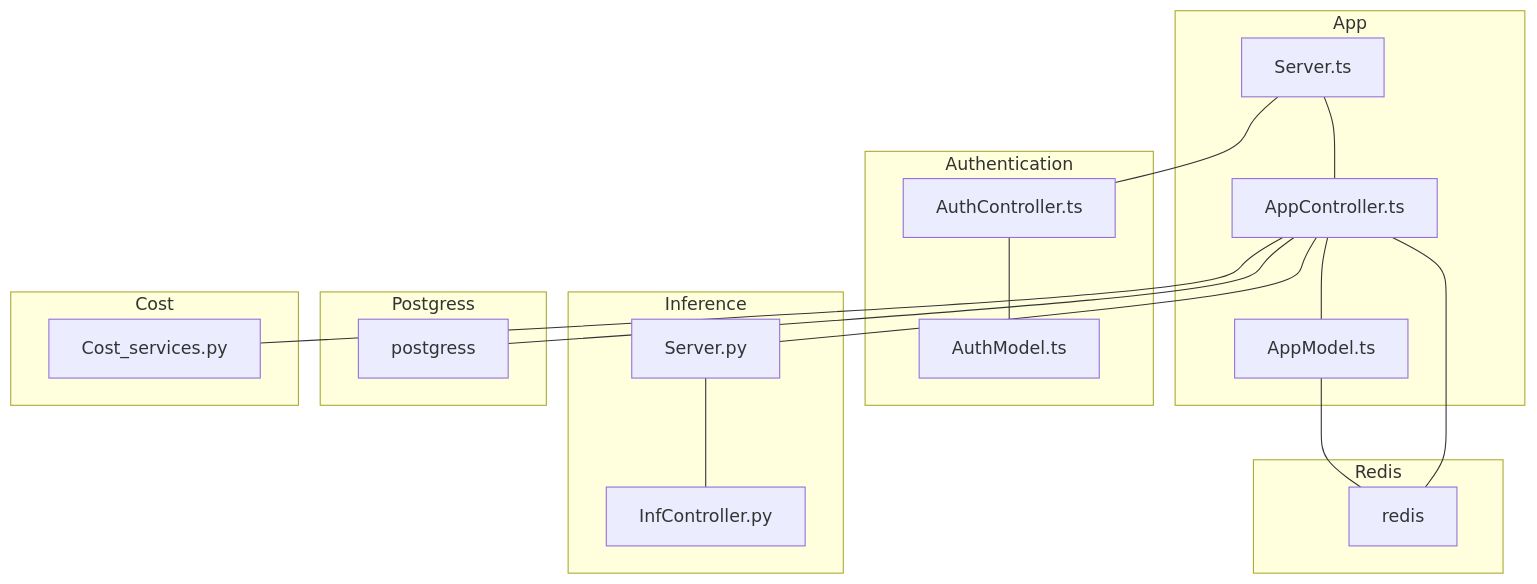
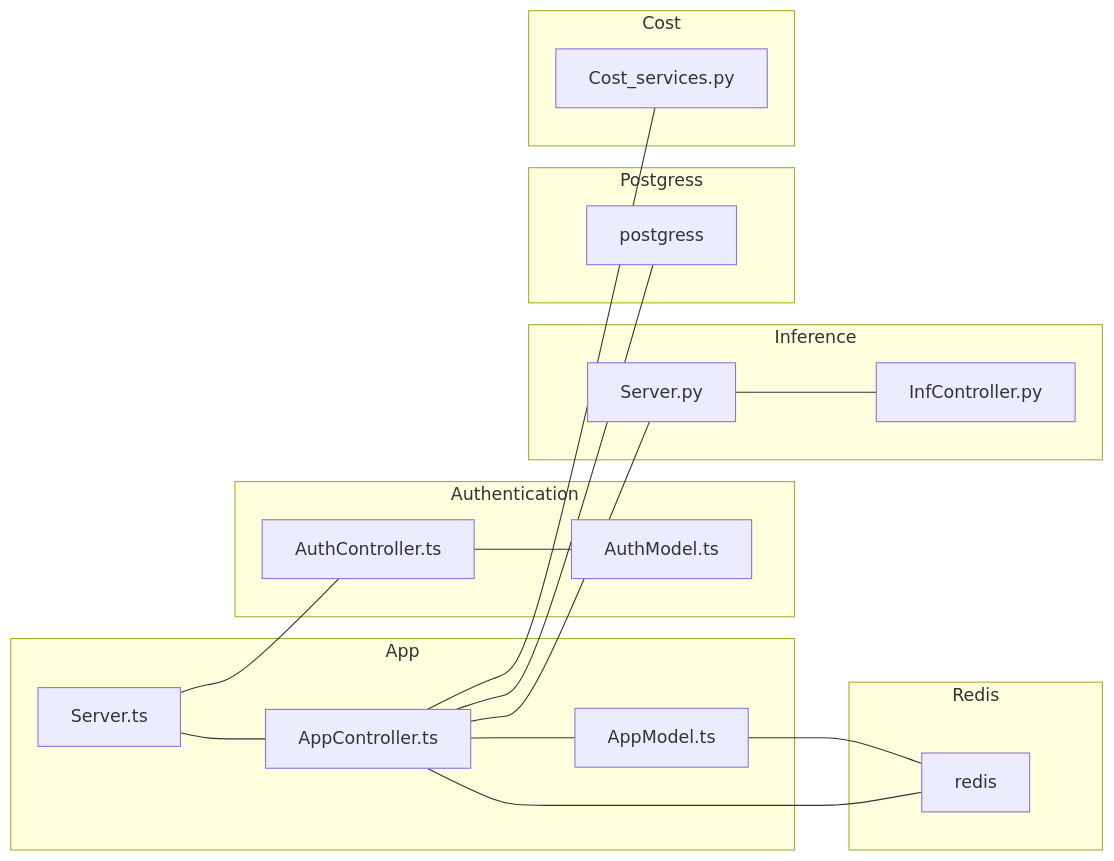
One commit to AgneseBruglia/PA2024 changed the second of 8 diagrams in README.md. Above: the diagram before and after it, drawn with Mermaid.

````diff
--- a/README.md
+++ b/README.md
@@ -30,40 +30,40 @@
 ```mermaid
-graph TD;
+graph LR;
     subgraph App
     Server.ts --- AppController.ts 
     AppController.ts 
     AppModel.ts 
     AppController.ts --- AppModel.ts
     end
 
     subgraph Redis
     redis
     end
 
     subgraph Authentication
     Server.ts --- AuthController.ts
     AuthController.ts 
     AuthModel.ts 
     AuthController.ts --- AuthModel.ts
     end
 
     subgraph Inference
     Server.py --- InfController.py
     InfController.py
     end
 
     subgraph Postgress
     postgress
     end
 
     subgraph Cost
     Cost_services.py
     end
 
     AppModel.ts --- redis
     AppController.ts --- postgress
     AppController.ts --- Server.py
     AppController.ts --- redis
     AppController.ts --- Cost_services.py
 
 ```
````
